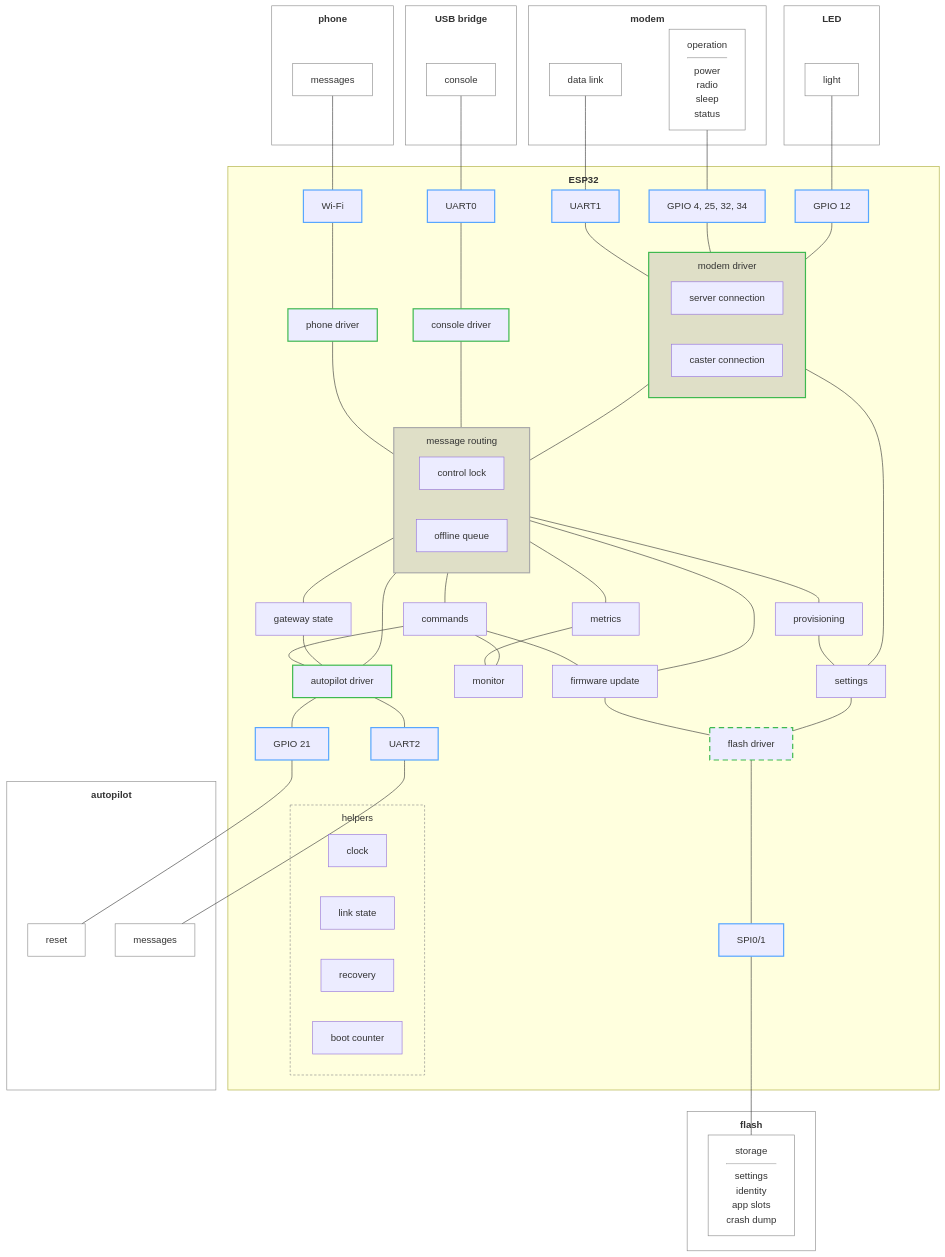
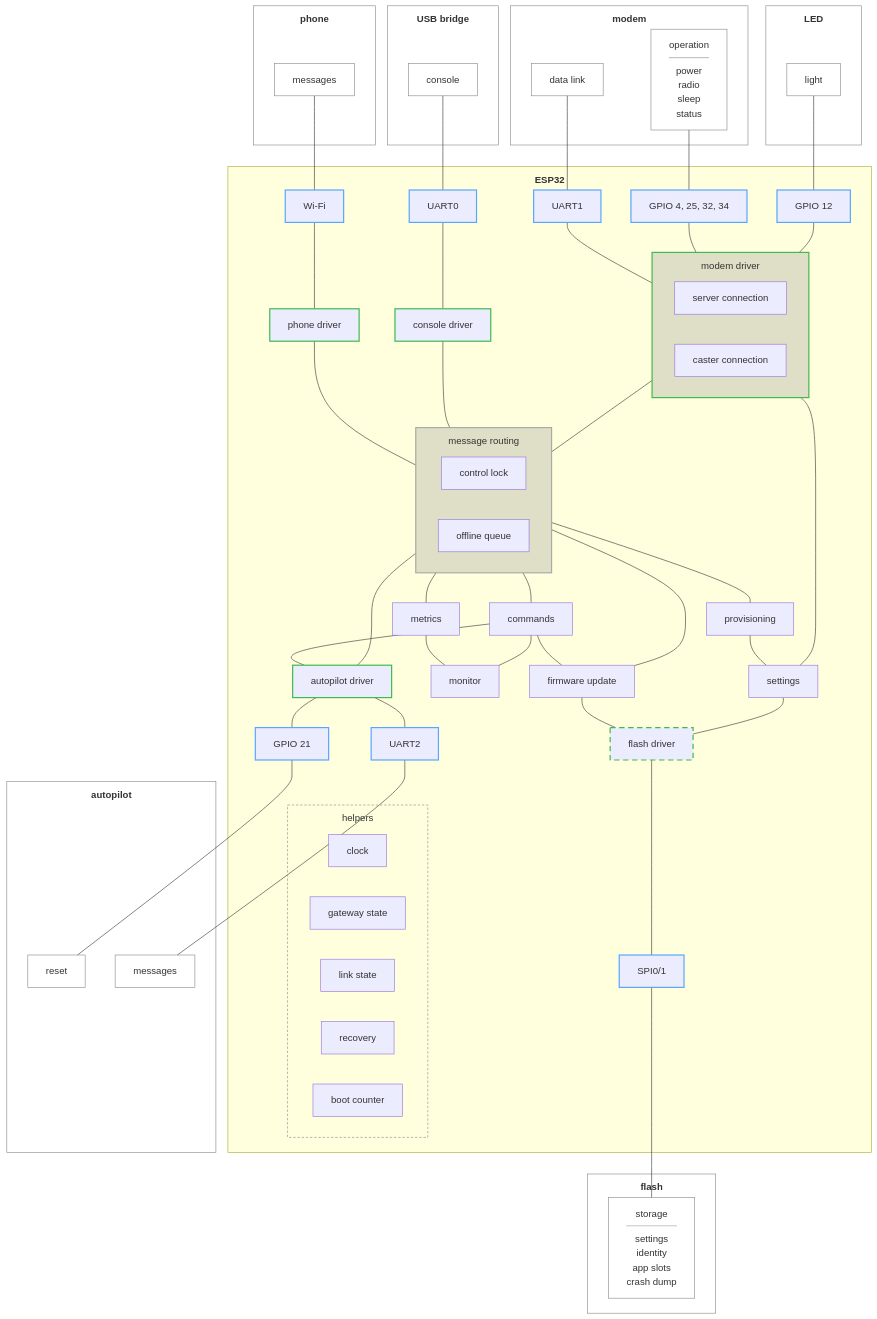
The diagram in .esp-architecture/diagrams/block-draft.md (rmx-lt/rmx-mower-gateway), drawn with Mermaid before and after one commit.

Commit message:
Draft: gateway state to helpers

```diff
--- a/.esp-architecture/diagrams/block-draft.md
+++ b/.esp-architecture/diagrams/block-draft.md
@@ -44,11 +44,11 @@
     prov["provisioning"]
     cmd["commands"]
     upd["firmware update"]
-    state["gateway state"]
     met["metrics"]
     mon["monitor"]
     subgraph help["helpers"]
       clk["clock"]
+      state["gateway state"]
       ls["link state"]
       rec["recovery"]
       boot["boot counter"]
@@ -77,7 +77,6 @@
   conn --- msg
   msg --- upd
   msg --- cmd
-  msg --- state
   msg --- met
   msg --- bl
   met --- mon
@@ -86,7 +85,6 @@
   conn --- set
   prov --- set
   cmd --- bl
-  state --- bl
   upd --- fs
   set --- fs
   fs --- sp --- fparts
```
